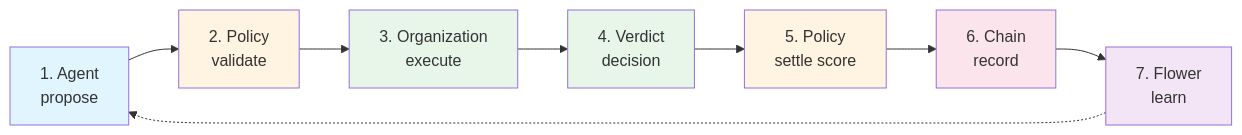
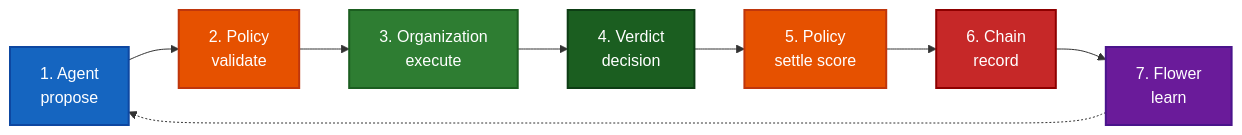
Before and after one commit to doyouwantto2/IE105: the second of 3 diagrams in README.md, drawn with Mermaid. The commit also changed other lines of this file, not shown here.

````diff
--- a/README.md
+++ b/README.md
@@ -36,18 +40,18 @@
 ```mermaid
 flowchart LR
     S1[1. Agent<br/>propose] --> S2[2. Policy<br/>validate]
     S2 --> S3[3. Organization<br/>execute]
     S3 --> S4[4. Verdict<br/>decision]
     S4 --> S5[5. Policy<br/>settle score]
     S5 --> S6[6. Chain<br/>record]
     S6 --> S7[7. Flower<br/>learn]
     S7 -.-> S1
 
-    style S1 fill:#e1f5ff
-    style S2 fill:#fff4e1
-    style S3 fill:#e8f5e9
-    style S4 fill:#e8f5e9
-    style S5 fill:#fff4e1
-    style S6 fill:#fce4ec
-    style S7 fill:#f3e5f5
+    style S1 fill:#1565C0,color:#FFFFFF,stroke:#0D47A1,stroke-width:2px
+    style S2 fill:#E65100,color:#FFFFFF,stroke:#BF360C,stroke-width:2px
+    style S3 fill:#2E7D32,color:#FFFFFF,stroke:#1B5E20,stroke-width:2px
+    style S4 fill:#1B5E20,color:#FFFFFF,stroke:#0D3D14,stroke-width:2px
+    style S5 fill:#E65100,color:#FFFFFF,stroke:#BF360C,stroke-width:2px
+    style S6 fill:#C62828,color:#FFFFFF,stroke:#8E0000,stroke-width:2px
+    style S7 fill:#6A1B9A,color:#FFFFFF,stroke:#4A148C,stroke-width:2px
 ```
````
